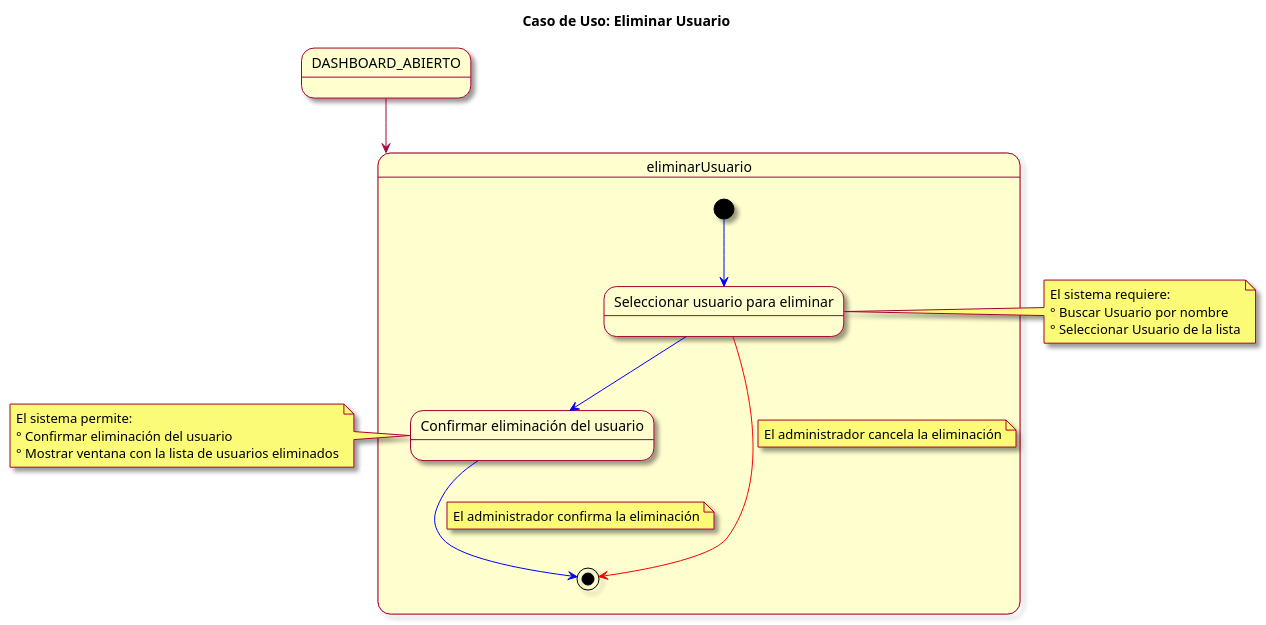
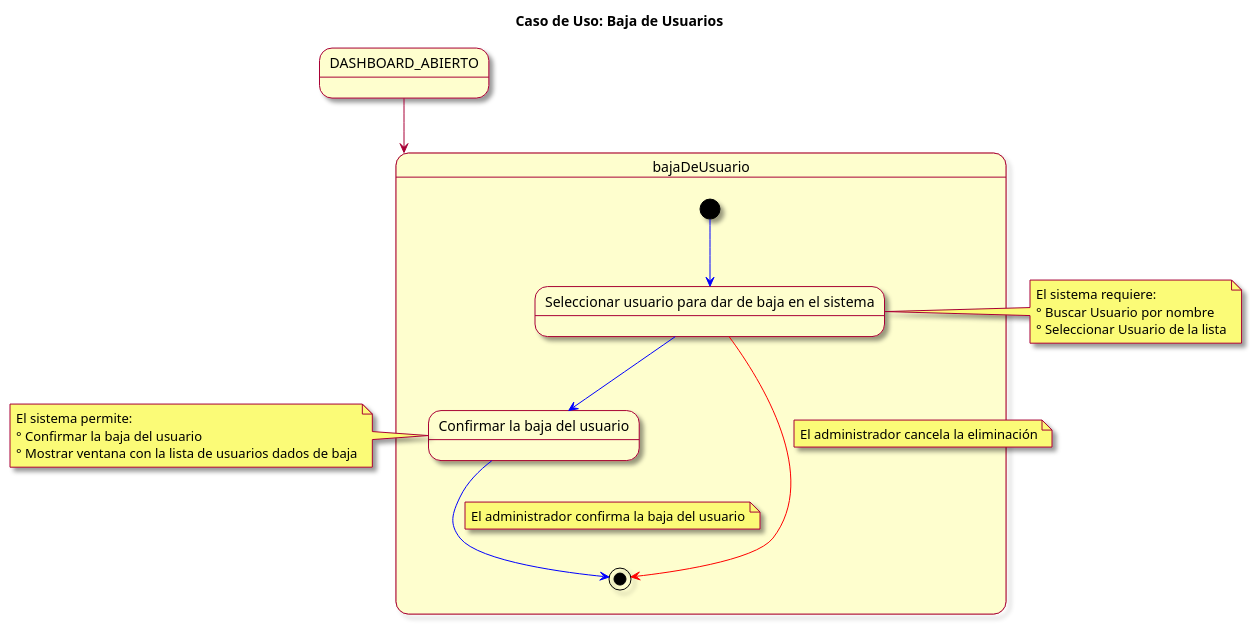
The diagram in modelosUML/casosDeUso/detalles/eliminarUsuario.puml (mmasias/23-24-IdSw1-SDR), drawn with PlantUML before and after one commit. The commit also changed 1 other file, not shown here.

Commit message:
Cambiar de eliminar a dar de baja

```diff
--- a/modelosUML/casosDeUso/detalles/eliminarUsuario.puml
+++ b/modelosUML/casosDeUso/detalles/eliminarUsuario.puml
@@ -1,33 +1,33 @@
 @startuml
 skin rose
-title Caso de Uso: Eliminar Usuario
+title Caso de Uso: Baja de Usuarios
 
 state DASHBOARD_ABIERTO
 
-DASHBOARD_ABIERTO --> eliminarUsuario
+DASHBOARD_ABIERTO --> bajaDeUsuario
 
-state eliminarUsuario {
+state bajaDeUsuario {
   [*] -[#blue]-> seleccionarUsuario
-  state "Seleccionar usuario para eliminar" as seleccionarUsuario
+  state "Seleccionar usuario para dar de baja en el sistema" as seleccionarUsuario
   seleccionarUsuario -[#blue]-> confirmarEliminarUsuario
-  state "Confirmar eliminación del usuario" as confirmarEliminarUsuario
+  state "Confirmar la baja del usuario" as confirmarEliminarUsuario
   confirmarEliminarUsuario -[#blue]-> [*]
-  note on link: El administrador confirma la eliminación
+  note on link: El administrador confirma la baja del usuario
   
   seleccionarUsuario -[#red]-> [*]
   note on link: El administrador cancela la eliminación
 }
 
 note left of confirmarEliminarUsuario
   El sistema permite:
-  ° Confirmar eliminación del usuario
-  ° Mostrar ventana con la lista de usuarios eliminados
+  ° Confirmar la baja del usuario
+  ° Mostrar ventana con la lista de usuarios dados de baja
 end note
 
 note left of seleccionarUsuario
   El sistema requiere:
   ° Buscar Usuario por nombre
   ° Seleccionar Usuario de la lista
 end note
 
 @enduml
```
